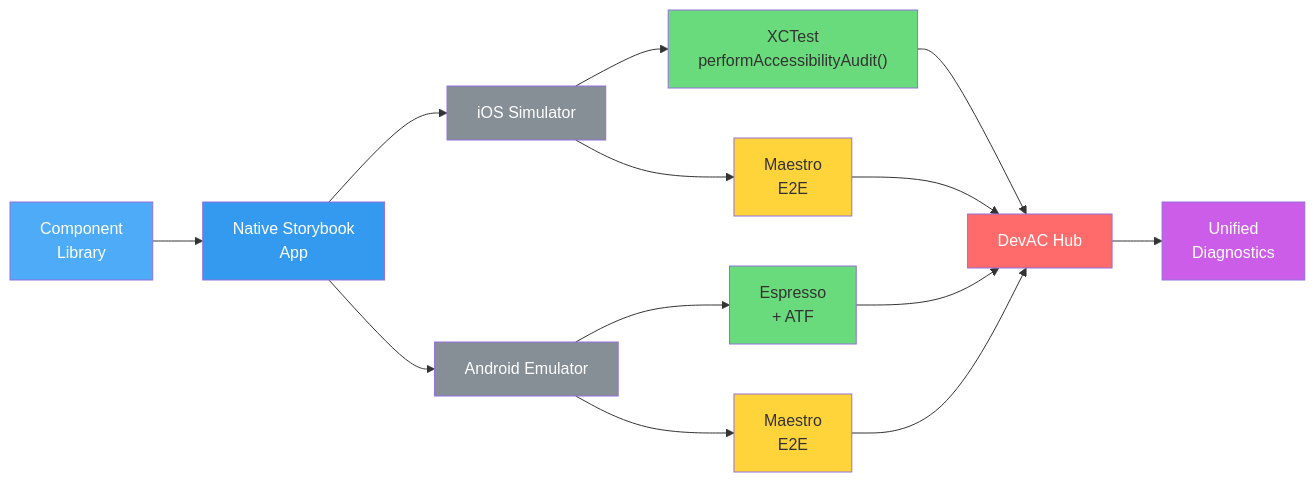
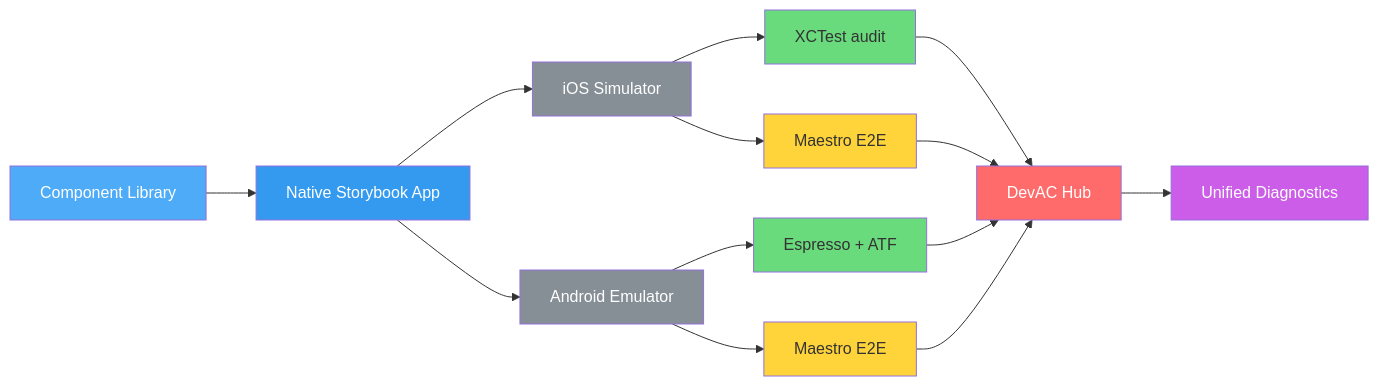
Before and after one commit to pietgk/vivief: the fifth of 5 diagrams in docs/spec/accessibility-research/a11y-detect-fix-vision.md, drawn with Mermaid. The commit also changed other lines of this file, not shown here.

First line of the commit message:
fix(a11y): improve Mermaid diagram readability and fix syntax error

````diff
--- a/docs/spec/accessibility-research/a11y-detect-fix-vision.md
+++ b/docs/spec/accessibility-research/a11y-detect-fix-vision.md
@@ -959,26 +936,26 @@
 ```mermaid
 flowchart LR
-    CL["Component<br/>Library"] --> NSA["Native Storybook<br/>App"]
+    CL["Component Library"] --> NSA["Native Storybook App"]
     NSA --> iOS["iOS Simulator"]
     NSA --> Android["Android Emulator"]
-    iOS --> XCT["XCTest<br/>performAccessibilityAudit()"]
-    iOS --> Maestro1["Maestro<br/>E2E"]
-    Android --> Espresso["Espresso<br/>+ ATF"]
-    Android --> Maestro2["Maestro<br/>E2E"]
+    iOS --> XCT["XCTest audit"]
+    iOS --> M1["Maestro E2E"]
+    Android --> ESP["Espresso + ATF"]
+    Android --> M2["Maestro E2E"]
     XCT --> Hub["DevAC Hub"]
-    Espresso --> Hub
-    Maestro1 --> Hub
-    Maestro2 --> Hub
-    Hub --> UD["Unified<br/>Diagnostics"]
+    ESP --> Hub
+    M1 --> Hub
+    M2 --> Hub
+    Hub --> UD["Unified Diagnostics"]
 
     style CL fill:#4dabf7,color:#fff
     style NSA fill:#339af0,color:#fff
     style iOS fill:#868e96,color:#fff
     style Android fill:#868e96,color:#fff
     style XCT fill:#69db7c,color:#333
-    style Espresso fill:#69db7c,color:#333
-    style Maestro1 fill:#ffd43b,color:#333
-    style Maestro2 fill:#ffd43b,color:#333
+    style ESP fill:#69db7c,color:#333
+    style M1 fill:#ffd43b,color:#333
+    style M2 fill:#ffd43b,color:#333
     style Hub fill:#ff6b6b,color:#fff
     style UD fill:#cc5de8,color:#fff
 ```
````
